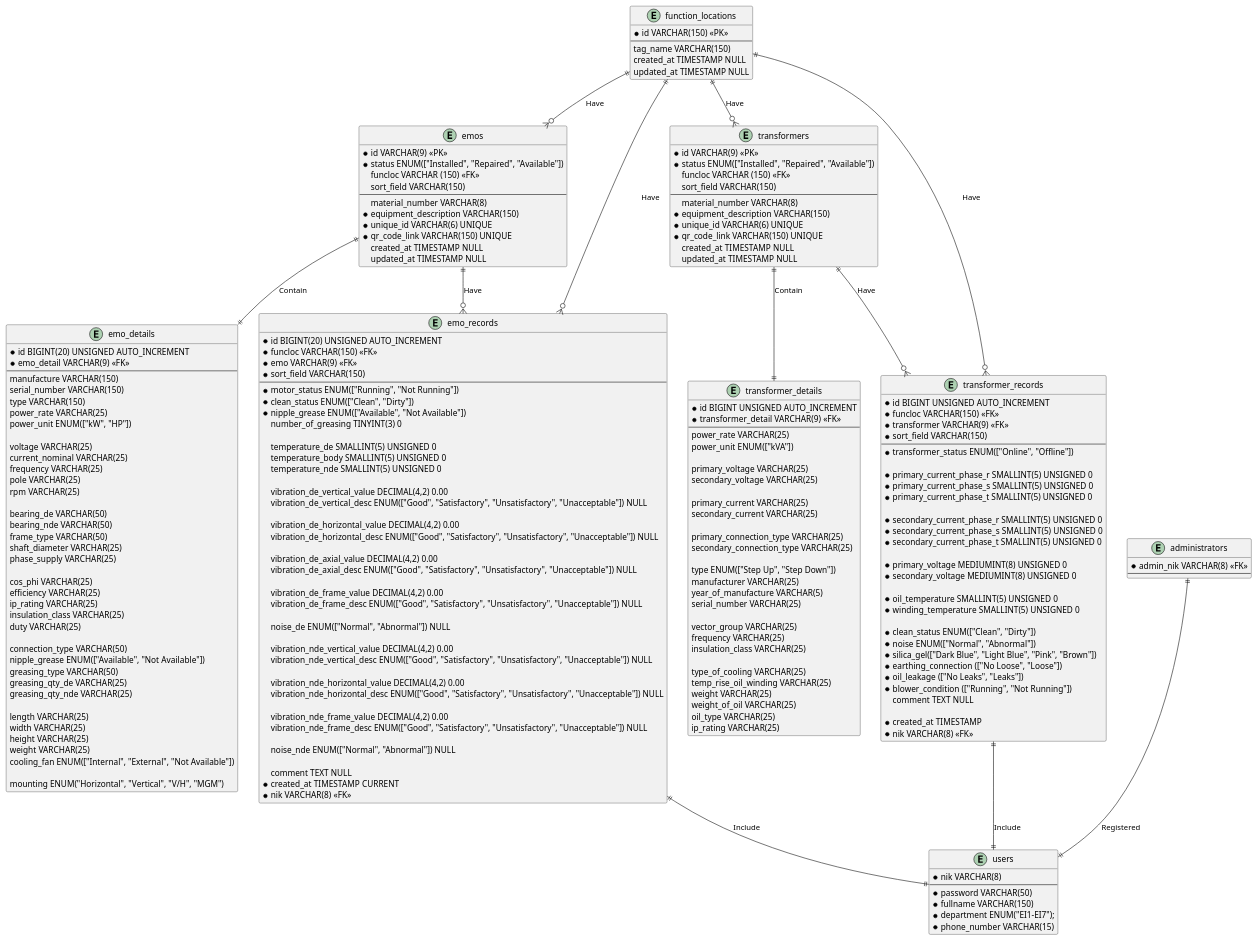
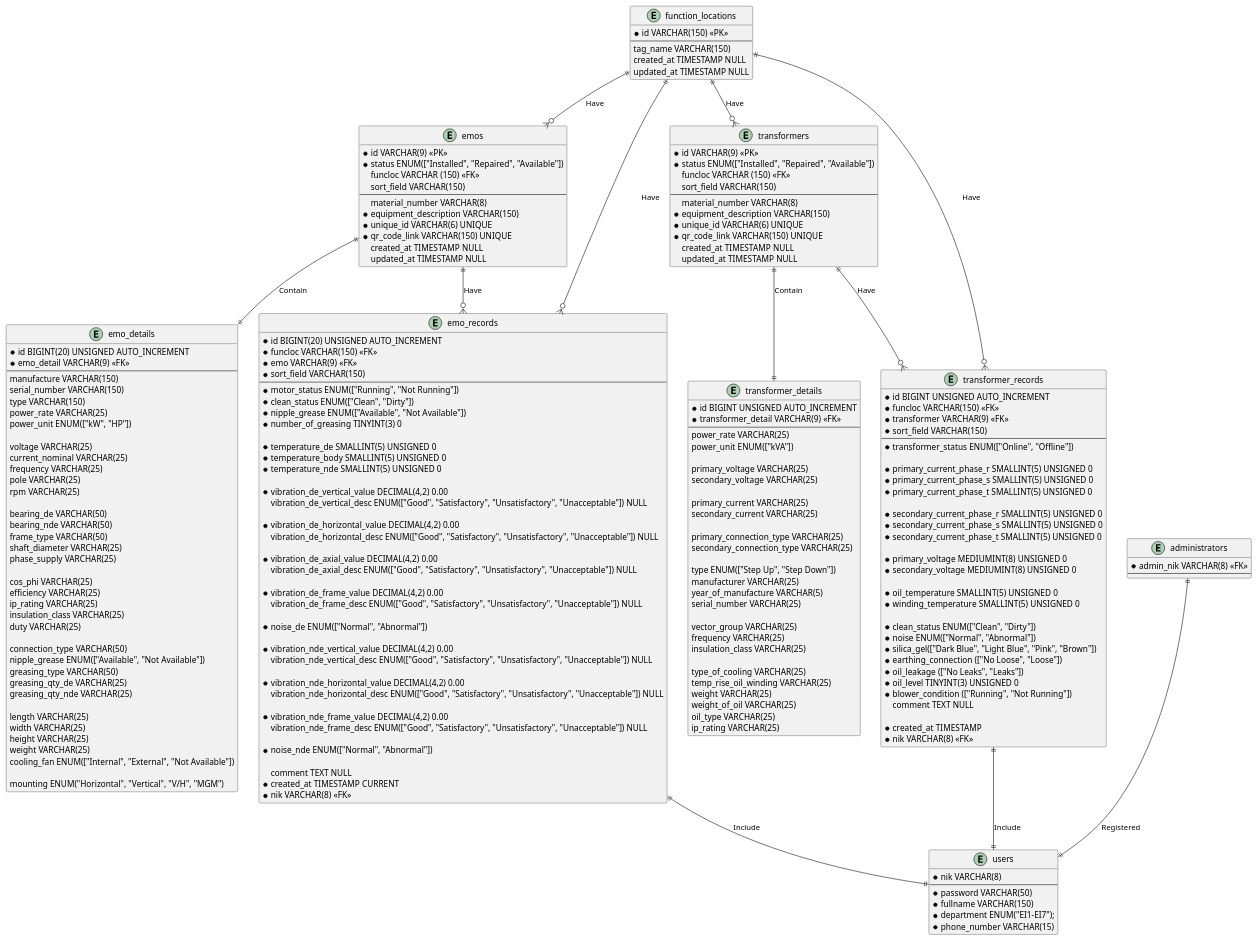
The diagram in database/emos/fajar_e_maintenance.puml (doniduaasattuu/fajar-e-maintenance), drawn with PlantUML before and after one commit. The commit also changed 5 other files, not shown here.

```diff
--- a/database/emos/fajar_e_maintenance.puml
+++ b/database/emos/fajar_e_maintenance.puml
@@ -76,36 +76,36 @@
     * motor_status ENUM(["Running", "Not Running"])
     * clean_status ENUM(["Clean", "Dirty"])
     * nipple_grease ENUM(["Available", "Not Available"])
-      number_of_greasing TINYINT(3) 0
+    * number_of_greasing TINYINT(3) 0
 
-      temperature_de SMALLINT(5) UNSIGNED 0
-      temperature_body SMALLINT(5) UNSIGNED 0
-      temperature_nde SMALLINT(5) UNSIGNED 0
+    * temperature_de SMALLINT(5) UNSIGNED 0
+    * temperature_body SMALLINT(5) UNSIGNED 0
+    * temperature_nde SMALLINT(5) UNSIGNED 0
       
-      vibration_de_vertical_value DECIMAL(4,2) 0.00
+    * vibration_de_vertical_value DECIMAL(4,2) 0.00
       vibration_de_vertical_desc ENUM(["Good", "Satisfactory", "Unsatisfactory", "Unacceptable"]) NULL
      
-      vibration_de_horizontal_value DECIMAL(4,2) 0.00
+    * vibration_de_horizontal_value DECIMAL(4,2) 0.00
       vibration_de_horizontal_desc ENUM(["Good", "Satisfactory", "Unsatisfactory", "Unacceptable"]) NULL
      
-      vibration_de_axial_value DECIMAL(4,2) 0.00
+    * vibration_de_axial_value DECIMAL(4,2) 0.00
       vibration_de_axial_desc ENUM(["Good", "Satisfactory", "Unsatisfactory", "Unacceptable"]) NULL
      
-      vibration_de_frame_value DECIMAL(4,2) 0.00
+    * vibration_de_frame_value DECIMAL(4,2) 0.00
       vibration_de_frame_desc ENUM(["Good", "Satisfactory", "Unsatisfactory", "Unacceptable"]) NULL
       
-      noise_de ENUM(["Normal", "Abnormal"]) NULL
+    * noise_de ENUM(["Normal", "Abnormal"])
 
-      vibration_nde_vertical_value DECIMAL(4,2) 0.00
+    * vibration_nde_vertical_value DECIMAL(4,2) 0.00
       vibration_nde_vertical_desc ENUM(["Good", "Satisfactory", "Unsatisfactory", "Unacceptable"]) NULL
      
-      vibration_nde_horizontal_value DECIMAL(4,2) 0.00
+    * vibration_nde_horizontal_value DECIMAL(4,2) 0.00
       vibration_nde_horizontal_desc ENUM(["Good", "Satisfactory", "Unsatisfactory", "Unacceptable"]) NULL
           
-      vibration_nde_frame_value DECIMAL(4,2) 0.00
+    * vibration_nde_frame_value DECIMAL(4,2) 0.00
       vibration_nde_frame_desc ENUM(["Good", "Satisfactory", "Unsatisfactory", "Unacceptable"]) NULL
       
-      noise_nde ENUM(["Normal", "Abnormal"]) NULL
+    * noise_nde ENUM(["Normal", "Abnormal"])
 
       comment TEXT NULL
     * created_at TIMESTAMP CURRENT
@@ -200,6 +200,7 @@
     * silica_gel(["Dark Blue", "Light Blue", "Pink", "Brown"])
     * earthing_connection (["No Loose", "Loose"])
     * oil_leakage (["No Leaks", "Leaks"])
+    * oil_level TINYINT(3) UNSIGNED 0
     * blower_condition (["Running", "Not Running"])
       comment TEXT NULL
       
```
